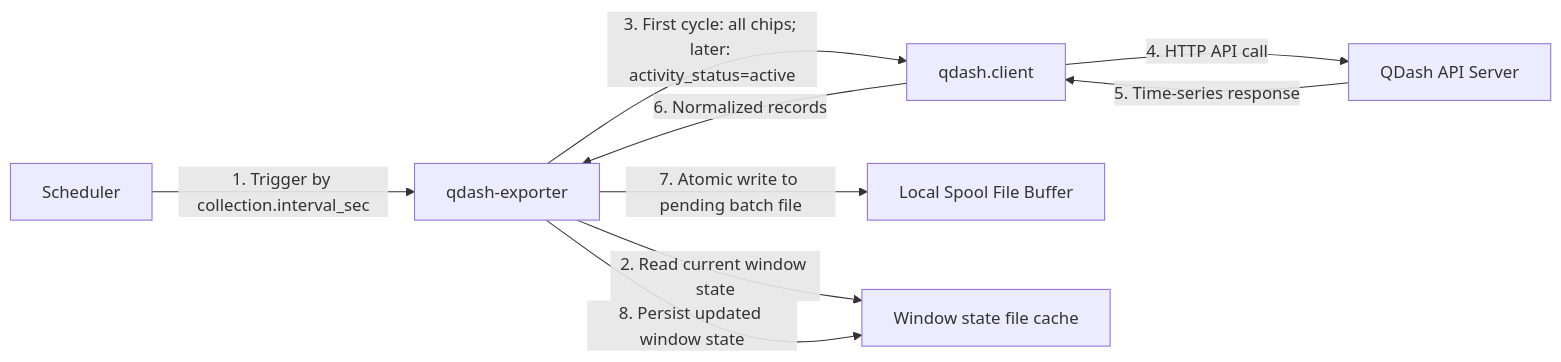
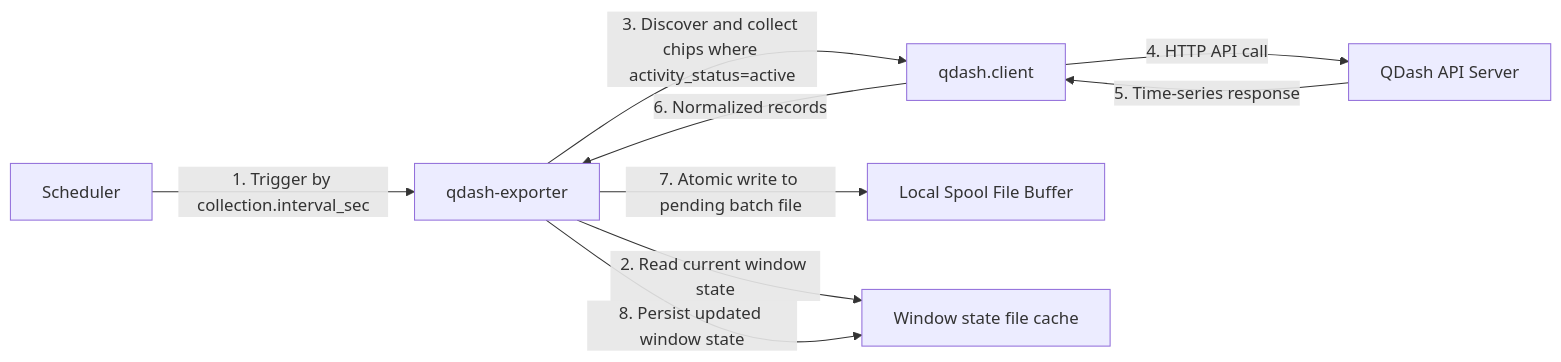
Before and after one commit to oqtopus-team/oqtopus-device-monitoring: the third of 4 diagrams in docs/custom-exporters/qdash-exporter.md, drawn with Mermaid. The commit also changed other lines of this file, not shown here.

````diff
--- a/docs/custom-exporters/qdash-exporter.md
+++ b/docs/custom-exporters/qdash-exporter.md
@@ -150,18 +147,18 @@
 ```mermaid
 flowchart LR
   sched[Scheduler]
   exp[qdash-exporter]
   qclient[qdash.client]
   qdash[QDash API Server]
   buf[Local Spool File Buffer]
   state[Window state file cache]
 
   sched -->|1. Trigger by collection.interval_sec| exp
   exp -->|2. Read current window state| state
-  exp -->|3. First cycle: all chips; later: activity_status=active| qclient
+  exp -->|3. Discover and collect chips where activity_status=active| qclient
   qclient -->|4. HTTP API call| qdash
   qdash -->|5. Time-series response| qclient
   qclient -->|6. Normalized records| exp
   exp -->|7. Atomic write to pending batch file| buf
   exp -->|8. Persist updated window state| state
 ```
````
